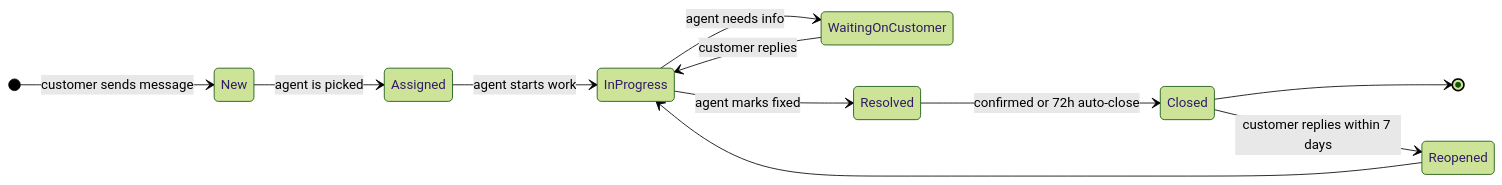
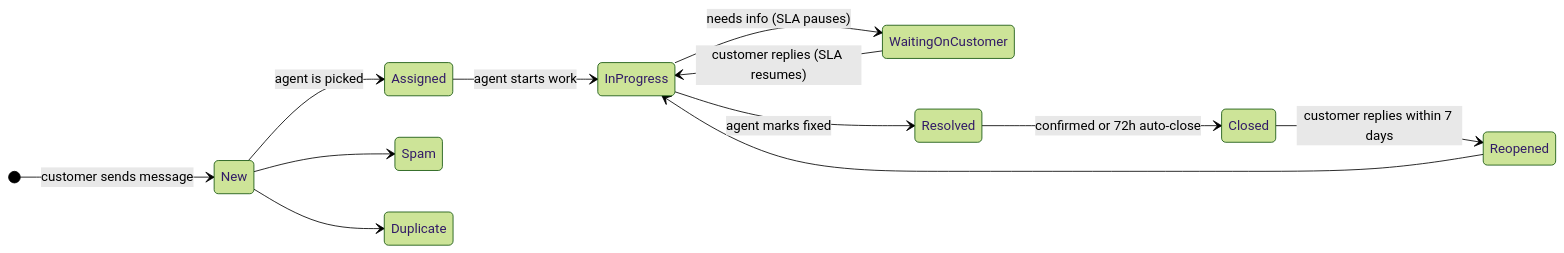
Before and after one commit to shiningflash/system-design: the first of 10 diagrams in problems/019-helpdesk-ticketing/question.md, drawn with Mermaid (forest theme). The commit also changed other lines of this file and 37 other files, not shown here.

````diff
--- a/problems/019-helpdesk-ticketing/question.md
+++ b/problems/019-helpdesk-ticketing/question.md
@@ -39,14 +30,15 @@
 ```mermaid
 stateDiagram-v2
     direction LR
     [*] --> New: customer sends message
     New --> Assigned: agent is picked
     Assigned --> InProgress: agent starts work
-    InProgress --> WaitingOnCustomer: agent needs info
-    WaitingOnCustomer --> InProgress: customer replies
+    InProgress --> WaitingOnCustomer: needs info (SLA pauses)
+    WaitingOnCustomer --> InProgress: customer replies (SLA resumes)
     InProgress --> Resolved: agent marks fixed
     Resolved --> Closed: confirmed or 72h auto-close
-    Closed --> [*]
     Closed --> Reopened: customer replies within 7 days
     Reopened --> InProgress
+    New --> Spam
+    New --> Duplicate
 ```
````
